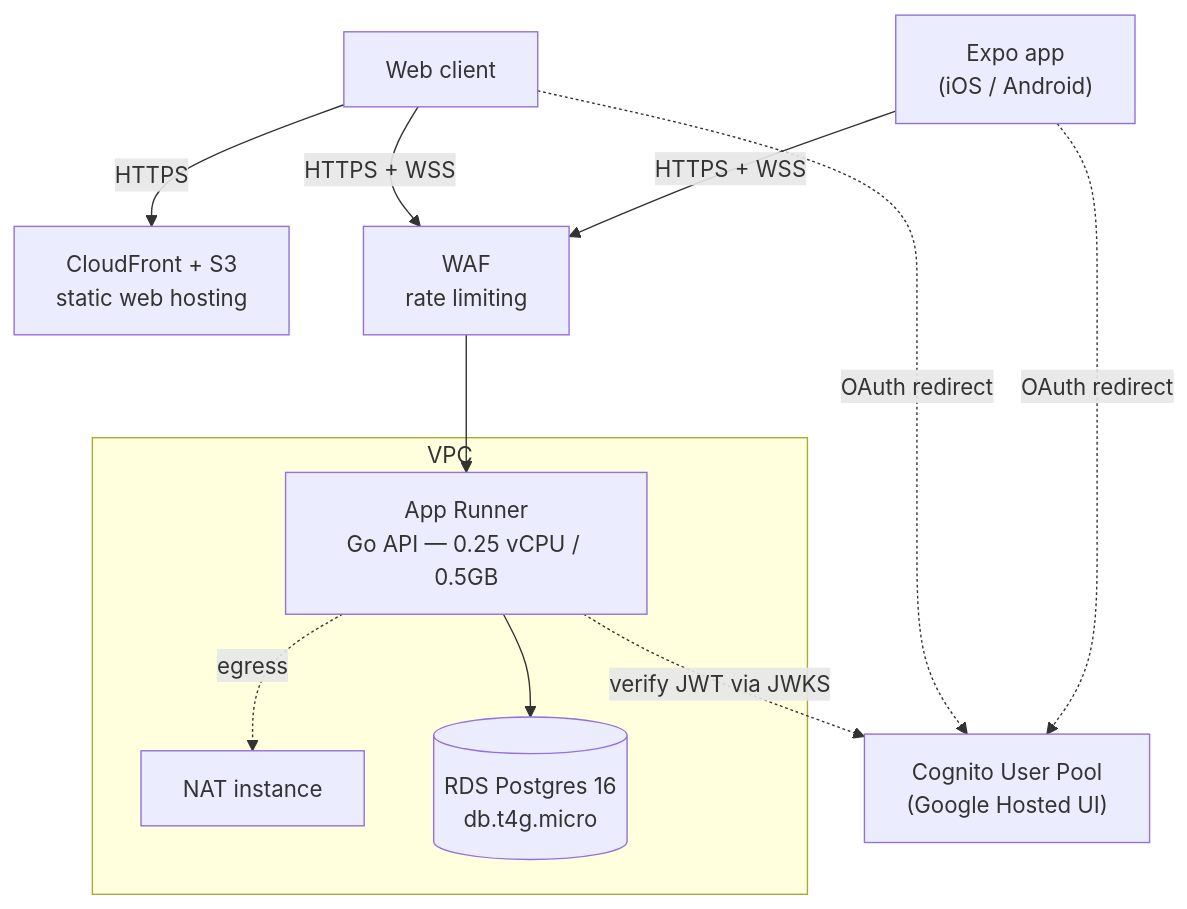
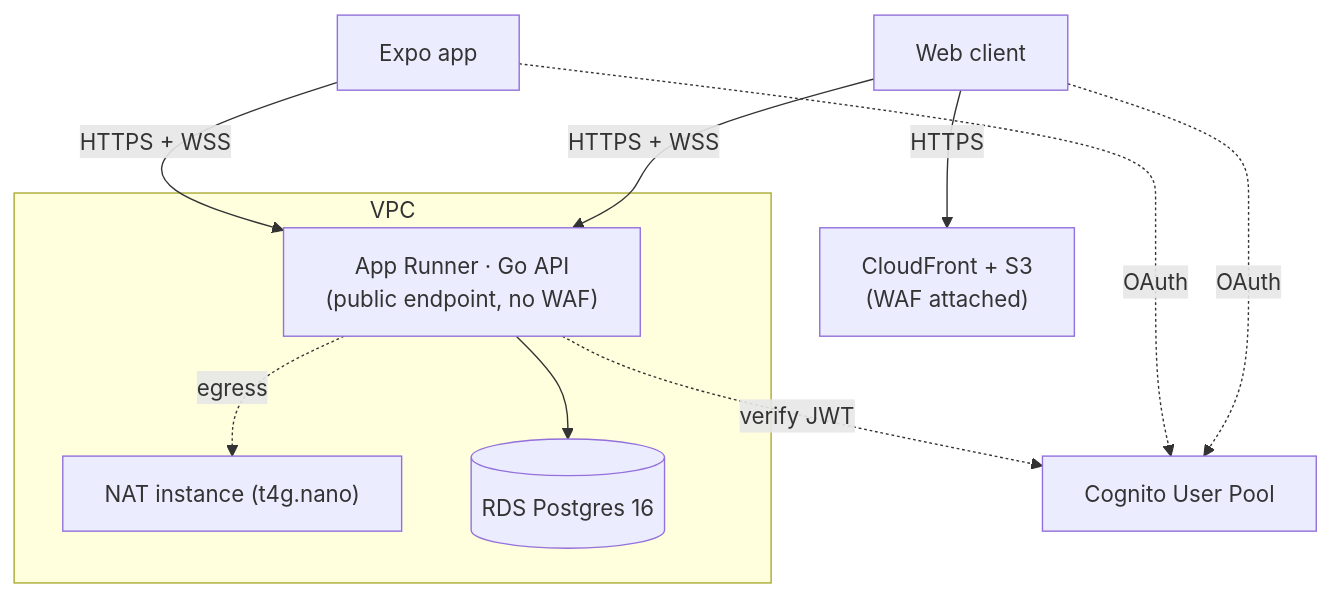
Before and after one commit to jwhigham93/Globify: the second of 6 diagrams in ENGINEERING_NOTES.md, drawn with Mermaid. The commit also changed other lines of this file and 4 other files, not shown here.

````diff
--- a/ENGINEERING_NOTES.md
+++ b/ENGINEERING_NOTES.md
@@ -29,24 +75,21 @@
 ```mermaid
 flowchart TB
-    Mobile["Expo app\n(iOS / Android)"]
+    Mobile["Expo app"]
     Web["Web client"]
-    Cognito["Cognito User Pool\n(Google Hosted UI)"]
-    CF["CloudFront + S3\nstatic web hosting"]
-    WAF["WAF\nrate limiting"]
+    Cognito["Cognito User Pool"]
+    CF["CloudFront + S3<br/>(WAF attached)"]
 
     subgraph VPC
-        API["App Runner\nGo API — 0.25 vCPU / 0.5GB"]
-        NAT["NAT instance"]
-        RDS[("RDS Postgres 16\ndb.t4g.micro")]
+        API["App Runner · Go API<br/>(public endpoint, no WAF)"]
+        NAT["NAT instance (t4g.nano)"]
+        RDS[("RDS Postgres 16")]
     end
 
     Web -->|HTTPS| CF
-    Mobile -->|"HTTPS + WSS"| WAF
-    Web -->|"HTTPS + WSS"| WAF
-    WAF --> API
+    Mobile -->|HTTPS + WSS| API
+    Web -->|HTTPS + WSS| API
     API --> RDS
     API -.->|egress| NAT
-    Mobile -.->|OAuth redirect| Cognito
-    Web -.->|OAuth redirect| Cognito
-    API -.->|verify JWT via JWKS| Cognito
+    Mobile & Web -.->|OAuth| Cognito
+    API -.->|verify JWT| Cognito
 ```
````
